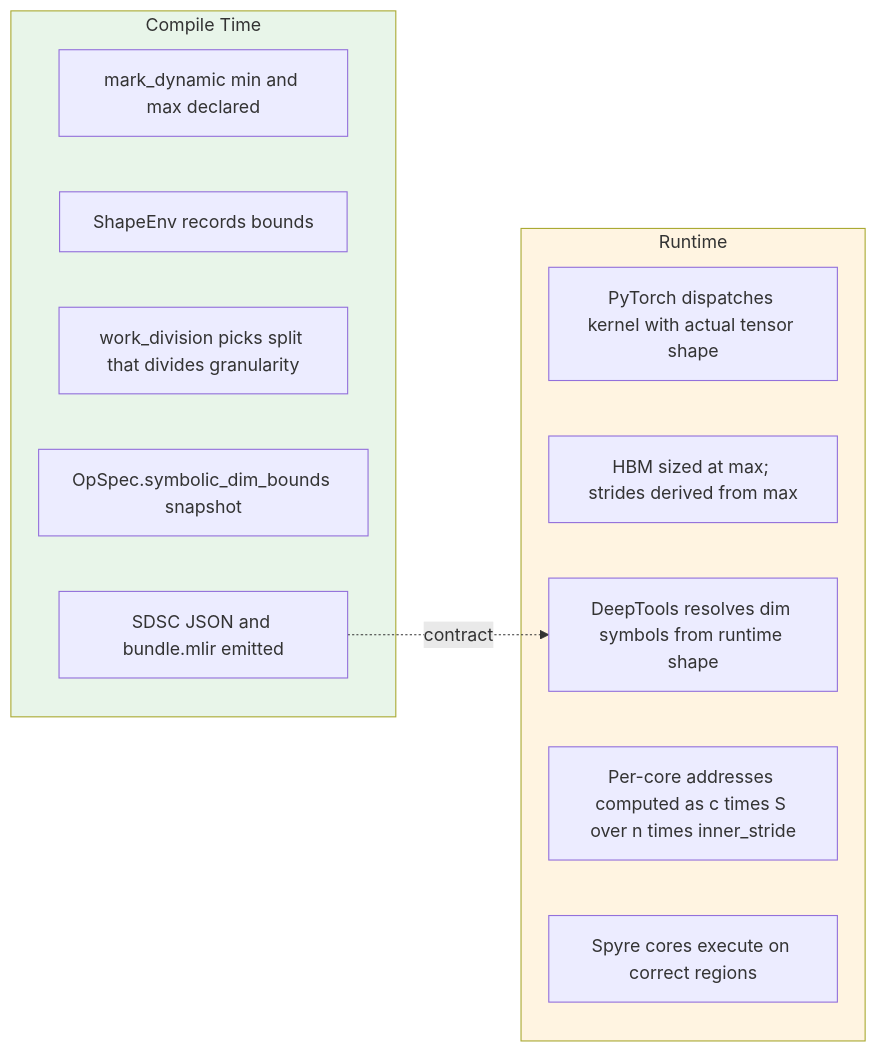
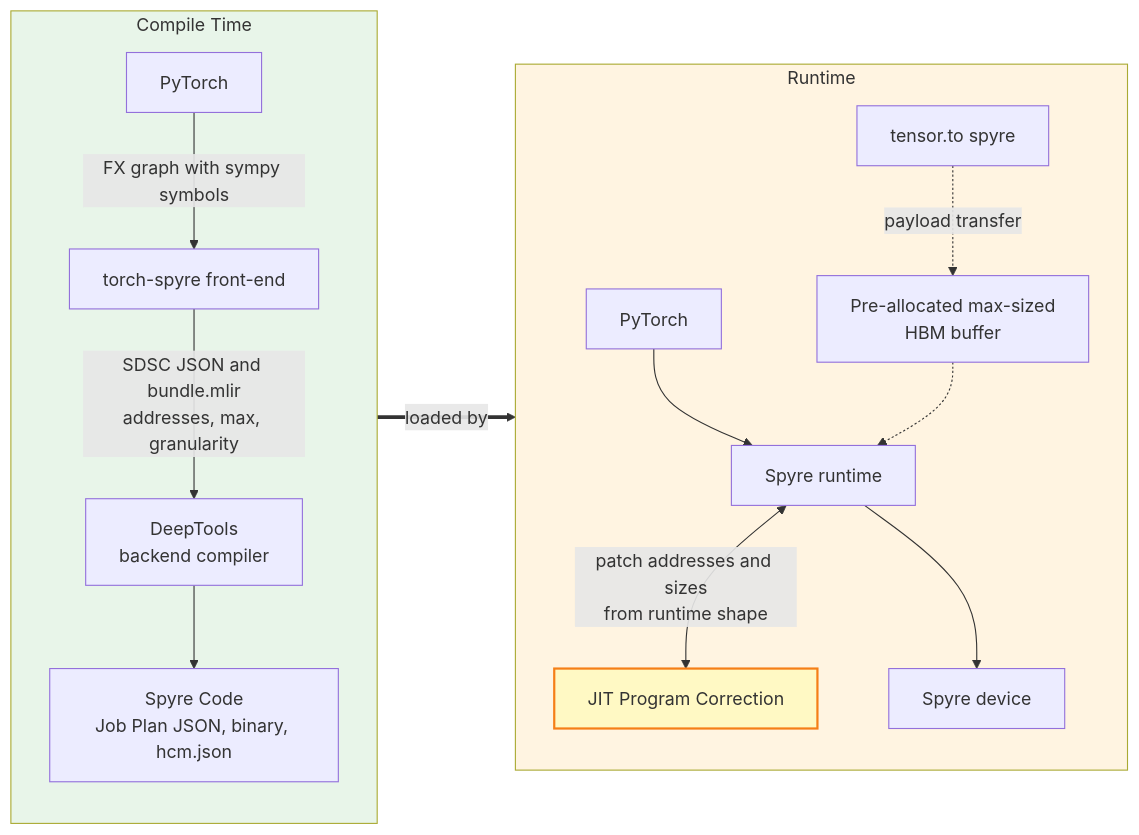
Before and after one commit to Vivek1258/torch-spyre: the third of 5 diagrams in docs/source/compiler/Torch_Spyre_Dynamic_Shapes_Design.md, drawn with Mermaid. The commit also changed other lines of this file, not shown here.

````diff
--- a/docs/source/compiler/Torch_Spyre_Dynamic_Shapes_Design.md
+++ b/docs/source/compiler/Torch_Spyre_Dynamic_Shapes_Design.md
@@ -229,23 +233,34 @@
 ```mermaid
 flowchart LR
     subgraph CT [Compile Time]
-        CT1[mark_dynamic min and max declared]
-        CT2[ShapeEnv records bounds]
-        CT3[work_division picks split that divides granularity]
-        CT4[OpSpec.symbolic_dim_bounds snapshot]
-        CT5[SDSC JSON and bundle.mlir emitted]
+        direction TB
+        PT1[PyTorch]
+        TS[torch-spyre front-end]
+        DT[DeepTools<br/>backend compiler]
+        SC[Spyre Code<br/>Job Plan JSON, binary, hcm.json]
+        PT1 -->|FX graph with sympy symbols| TS
+        TS -->|SDSC JSON and bundle.mlir<br/>addresses, max, granularity| DT
+        DT --> SC
     end
 
     subgraph RT [Runtime]
-        RT1[PyTorch dispatches kernel with actual tensor shape]
-        RT2[HBM sized at max; strides derived from max]
-        RT3[DeepTools resolves dim symbols from runtime shape]
-        RT4[Per-core addresses computed as c times S over n times inner_stride]
-        RT5[Spyre cores execute on correct regions]
+        direction TB
+        PT2[PyTorch]
+        T2S[tensor.to spyre]
+        BUF[Pre-allocated max-sized<br/>HBM buffer]
+        RUN[Spyre runtime]
+        JIT[JIT Program Correction]
+        DEV[Spyre device]
+        PT2 --> RUN
+        T2S -.payload transfer.-> BUF
+        BUF -.-> RUN
+        RUN <-->|patch addresses and sizes<br/>from runtime shape| JIT
+        RUN --> DEV
     end
 
-    CT5 -.contract.-> RT3
+    SC ==>|loaded by| RUN
 
     style CT fill:#e8f5e9
     style RT fill:#fff4e1
+    style JIT fill:#fff9c4,stroke:#f57f17,stroke-width:2px
 ```
````
